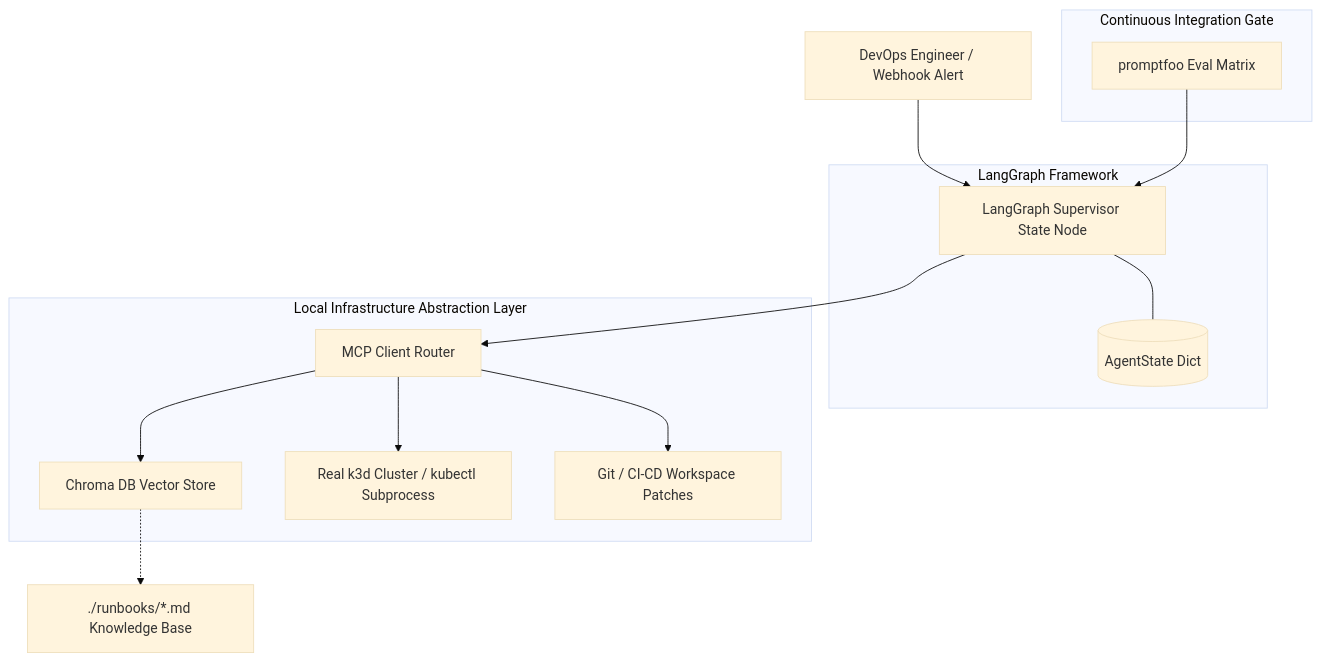
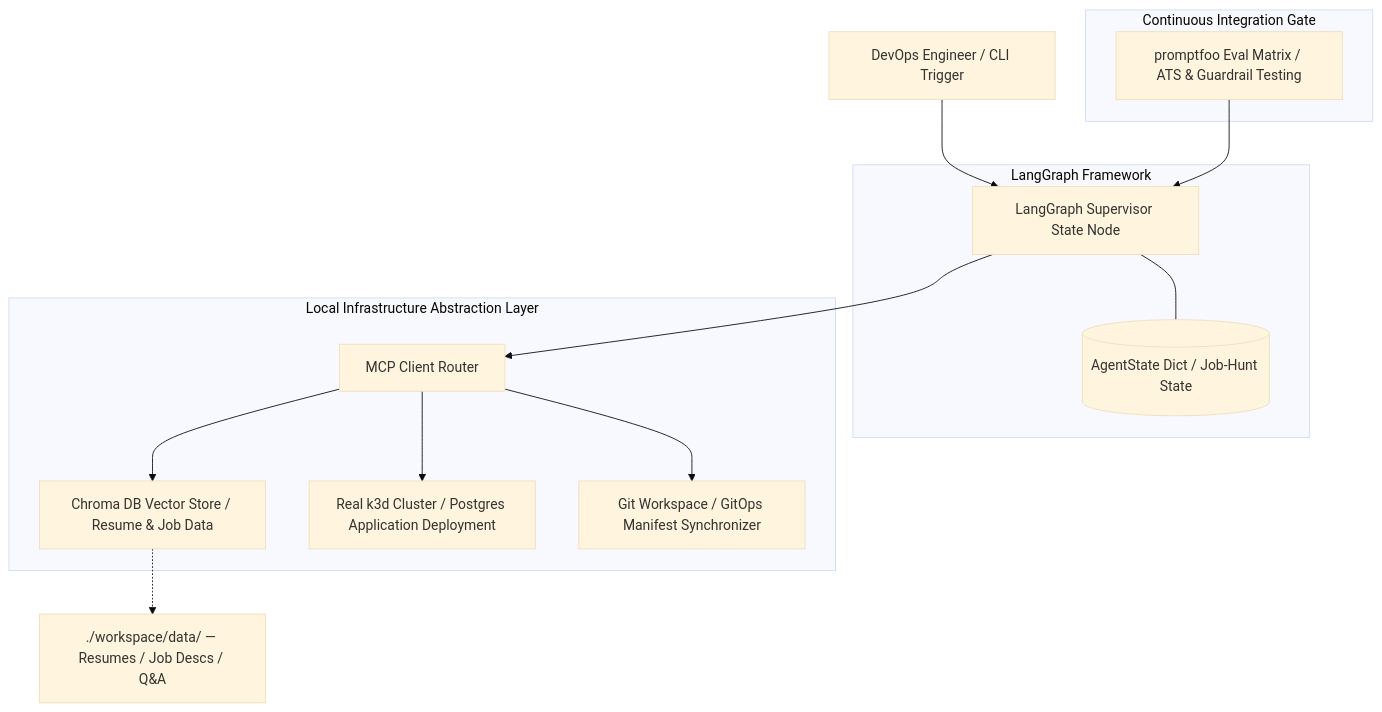
One commit to rcarlson-devops/openops-agent changed the diagram in README.md. Above: the diagram before and after it, drawn with Mermaid (base theme). The commit also changed other lines of this file, not shown here.

Commit message:
Further development of the project outline, architecture, and scope

````diff
--- a/README.md
+++ b/README.md
@@ -5,26 +5,26 @@
 ```mermaid
 graph TD
-    User[DevOps Engineer / Webhook Alert] --> Graph
+    User[DevOps Engineer / CLI Trigger] --> Graph
 
     subgraph Orchestrator [LangGraph Framework]
         Graph[LangGraph Supervisor State Node] 
-        Memory[(AgentState Dict)]
+        Memory[(AgentState Dict / Job-Hunt State)]
         Graph --- Memory
     end
 
     Graph --> Router[MCP Client Router]
 
     subgraph Tooling [Local Infrastructure Abstraction Layer]
-        Router --> RAG[Chroma DB Vector Store]
-        Router --> K8s[Real k3d Cluster / kubectl Subprocess]
-        Router --> Git[Git / CI-CD Workspace Patches]
+        Router --> RAG[Chroma DB Vector Store / Resume & Job Data]
+        Router --> K8s[Real k3d Cluster / Postgres Application Deployment]
+        Router --> Git[Git Workspace / GitOps Manifest Synchronizer]
     end
 
-    RAG -.-> Runbooks[./runbooks/*.md Knowledge Base]
+    RAG -.-> Markdown[./workspace/data/ — Resumes / Job Descs / Q&A]
 
     subgraph Validation [Continuous Integration Gate]
-        CI[promptfoo Eval Matrix]
+        CI[promptfoo Eval Matrix / ATS & Guardrail Testing]
     end
     
     CI --> Graph
 ```
````
